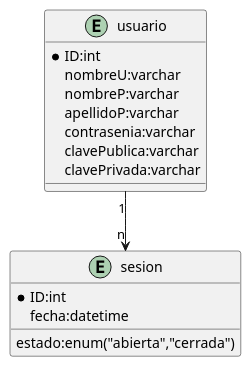
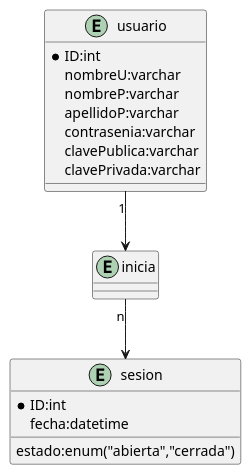
One commit to kurotori/SOp2Scripts changed the diagram in ProyectoJuego/mer.puml. Above: the diagram before and after it, drawn with PlantUML. The commit also changed 9 other files, not shown here.

```diff
--- a/ProyectoJuego/mer.puml
+++ b/ProyectoJuego/mer.puml
@@ -1,21 +1,25 @@
 @startuml
 
     entity usuario{
         *ID:int
         nombreU:varchar
         nombreP:varchar
         apellidoP:varchar
         contrasenia:varchar
         clavePublica:varchar
         clavePrivada:varchar
     }
 
     entity sesion{
         *ID:int
         fecha:datetime
         estado:enum("abierta","cerrada")
     }
+    entity inicia{
 
-    usuario "1" --> "n" sesion
+    }
+
+    usuario "1" --> inicia
+    inicia "n" --> sesion
 
 @enduml
```
